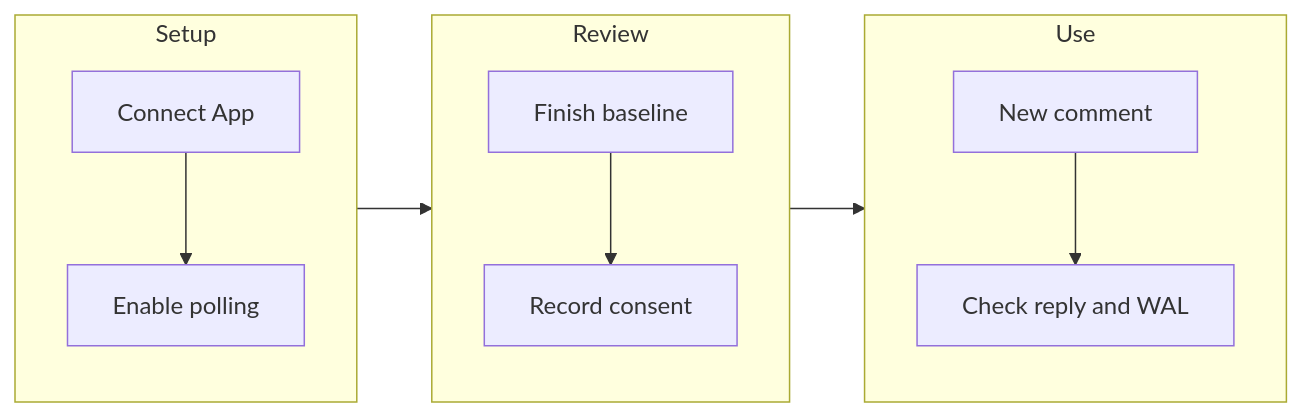
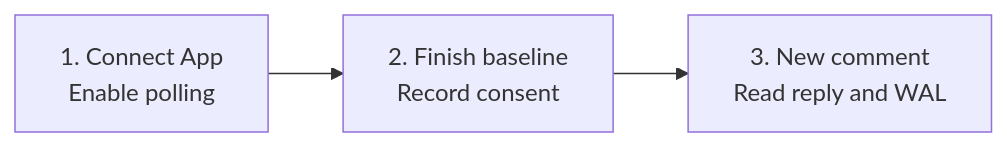
One commit to fireflyframework/firefly-forge changed the third of 3 diagrams in docs/scm.md. Above: the diagram before and after it, drawn with Mermaid.

Commit message:
Keep the polling diagram readable with three paired-step stages

````diff
--- a/docs/scm.md
+++ b/docs/scm.md
@@ -416,17 +416,5 @@
 ```mermaid
 flowchart LR
-  subgraph SetupPhase["Setup"]
-    direction TB
-    App["Connect App"] --> Config["Enable polling"]
-  end
-  subgraph ConsentPhase["Review"]
-    direction TB
-    Baseline["Finish baseline"] --> Consent["Record consent"]
-  end
-  subgraph ReplyPhase["Use"]
-    direction TB
-    Comment["New comment"] --> Evidence["Check reply and WAL"]
-  end
-  Config --> Baseline
-  Consent --> Comment
+  Setup["1. Connect App<br/>Enable polling"] --> Review["2. Finish baseline<br/>Record consent"]
+  Review --> Use["3. New comment<br/>Read reply and WAL"]
 ```
````
